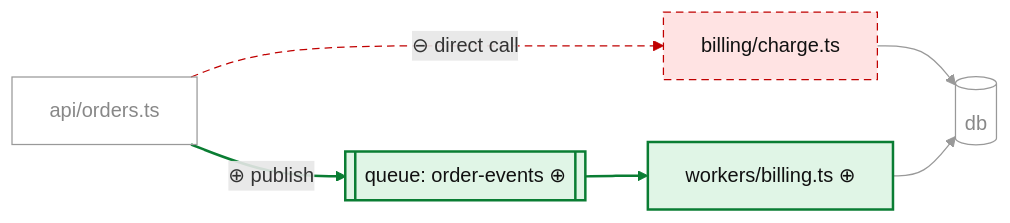
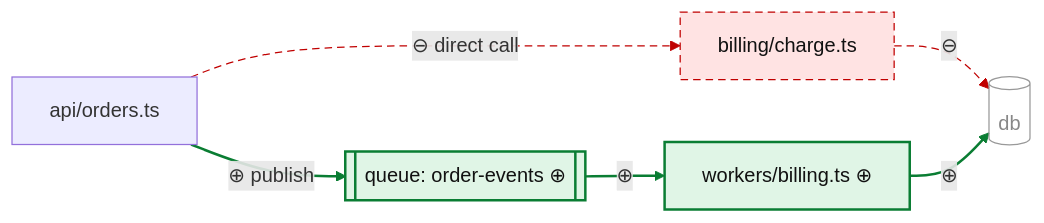
Before and after one commit to jr-jesse123/claude-tookit: the first of 3 diagrams in plugins/code-review/skills/pr-tour/examples/flowchart.md, drawn with Mermaid. The commit also changed other lines of this file and 2 other files, not shown here.

````diff
--- a/plugins/code-review/skills/pr-tour/examples/flowchart.md
+++ b/plugins/code-review/skills/pr-tour/examples/flowchart.md
@@ -11,19 +14,18 @@
 ```mermaid
 flowchart LR
     A[api/orders.ts] -->|"⊖ direct call"| B[billing/charge.ts]
     A -->|"⊕ publish"| Q[["queue: order-events ⊕"]]
-    Q --> W["workers/billing.ts ⊕"]
-    B --> C[(db)]
-    W --> C
+    Q -->|"⊕"| W["workers/billing.ts ⊕"]
+    B -->|"⊖"| C[(db)]
+    W -->|"⊕"| C
 
     classDef added fill:#e0f5e6,stroke:#0a7d33,color:#111,stroke-width:2px
     classDef removed fill:#ffe3e3,stroke:#c00000,color:#111,stroke-dasharray:6 4
     classDef ctx fill:none,stroke:#999999,color:#888888
 
     class Q,W added
     class B removed
-    class A,C ctx
-    linkStyle 0 stroke:#c00000,stroke-dasharray:6 4
-    linkStyle 1,2 stroke:#0a7d33,stroke-width:2px
-    linkStyle 3,4 stroke:#999999
+    class C ctx
+    linkStyle 0,3 stroke:#c00000,stroke-dasharray:6 4
+    linkStyle 1,2,4 stroke:#0a7d33,stroke-width:2px
 ```
````
